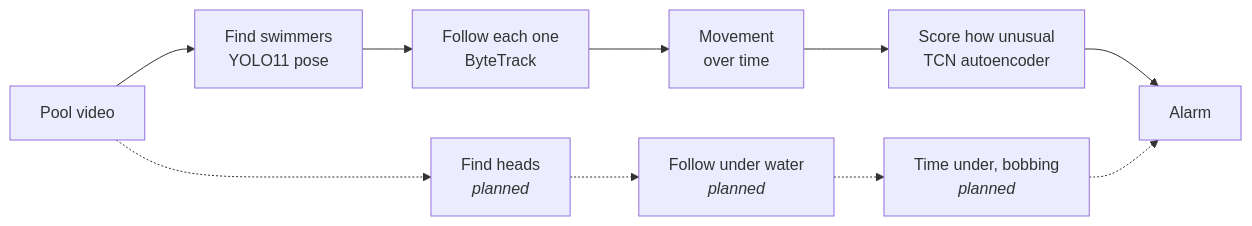
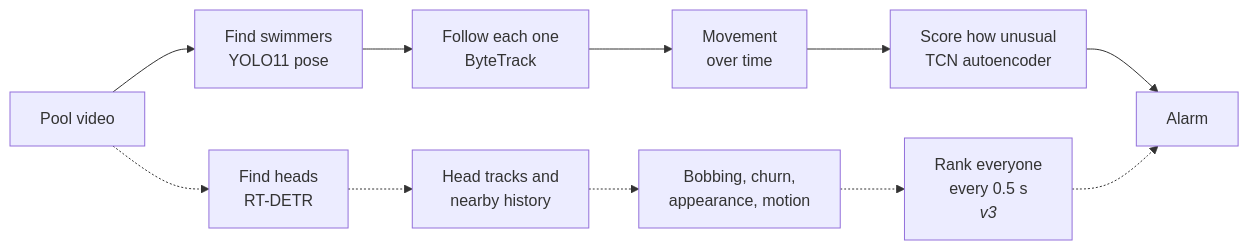
The diagram in README.md (nickpearlstone/Hydro-Knight), drawn with Mermaid before and after one commit. The commit also changed other lines of this file and 4 other files, not shown here.

````diff
--- a/README.md
+++ b/README.md
@@ -26,12 +27,13 @@
 ```mermaid
 flowchart LR
     A[Pool video] --> B[Find swimmers<br/>YOLO11 pose]
     B --> C[Follow each one<br/>ByteTrack]
     C --> D[Movement<br/>over time]
     D --> E[Score how unusual<br/>TCN autoencoder]
     E --> F[Alarm]
-    A -.-> G[Find heads<br/><i>planned</i>]
-    G -.-> H[Follow under water<br/><i>planned</i>]
-    H -.-> I[Time under, bobbing<br/><i>planned</i>]
-    I -.-> F
+    A -.-> G[Find heads<br/>RT-DETR]
+    G -.-> H[Head tracks and<br/>nearby history]
+    H -.-> I[Bobbing, churn,<br/>appearance, motion]
+    I -.-> J[Rank everyone<br/>every 0.5 s<br/><i>v3</i>]
+    J -.-> F
 ```
````
